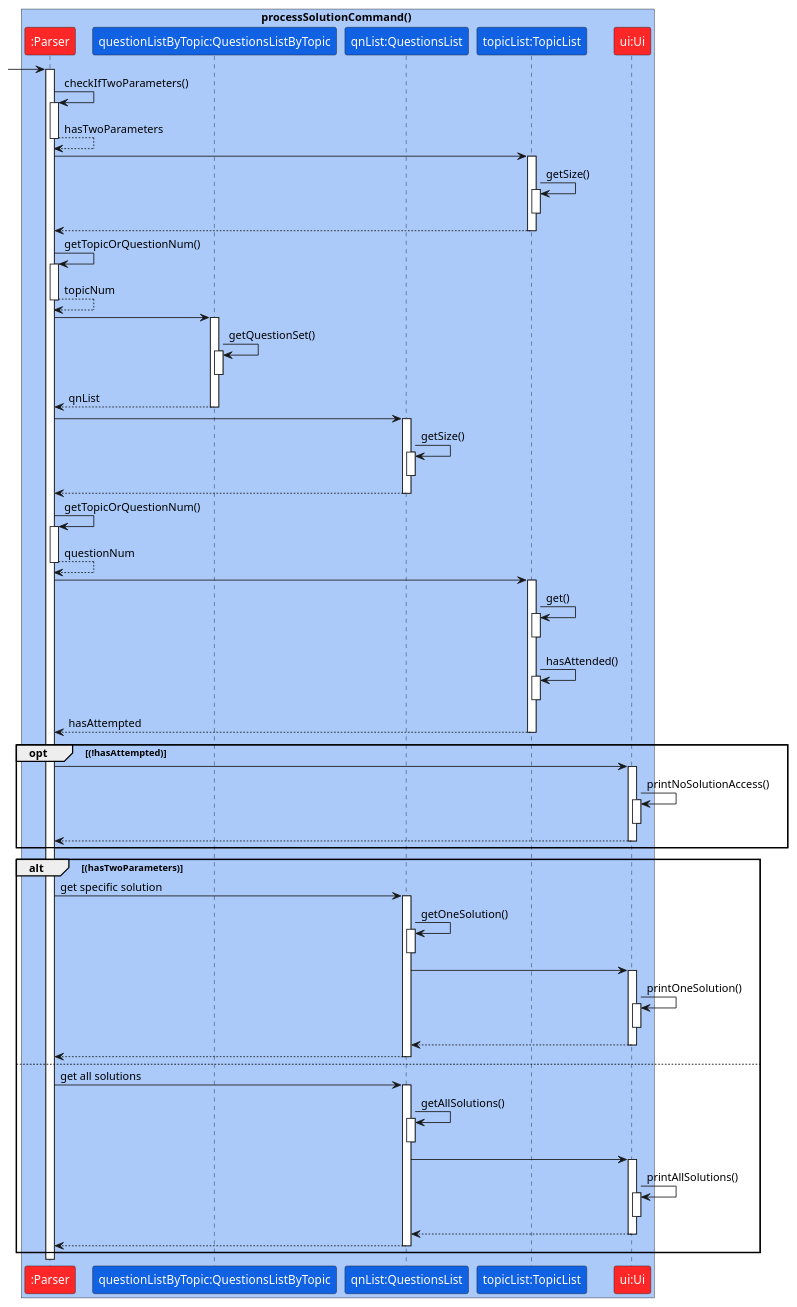
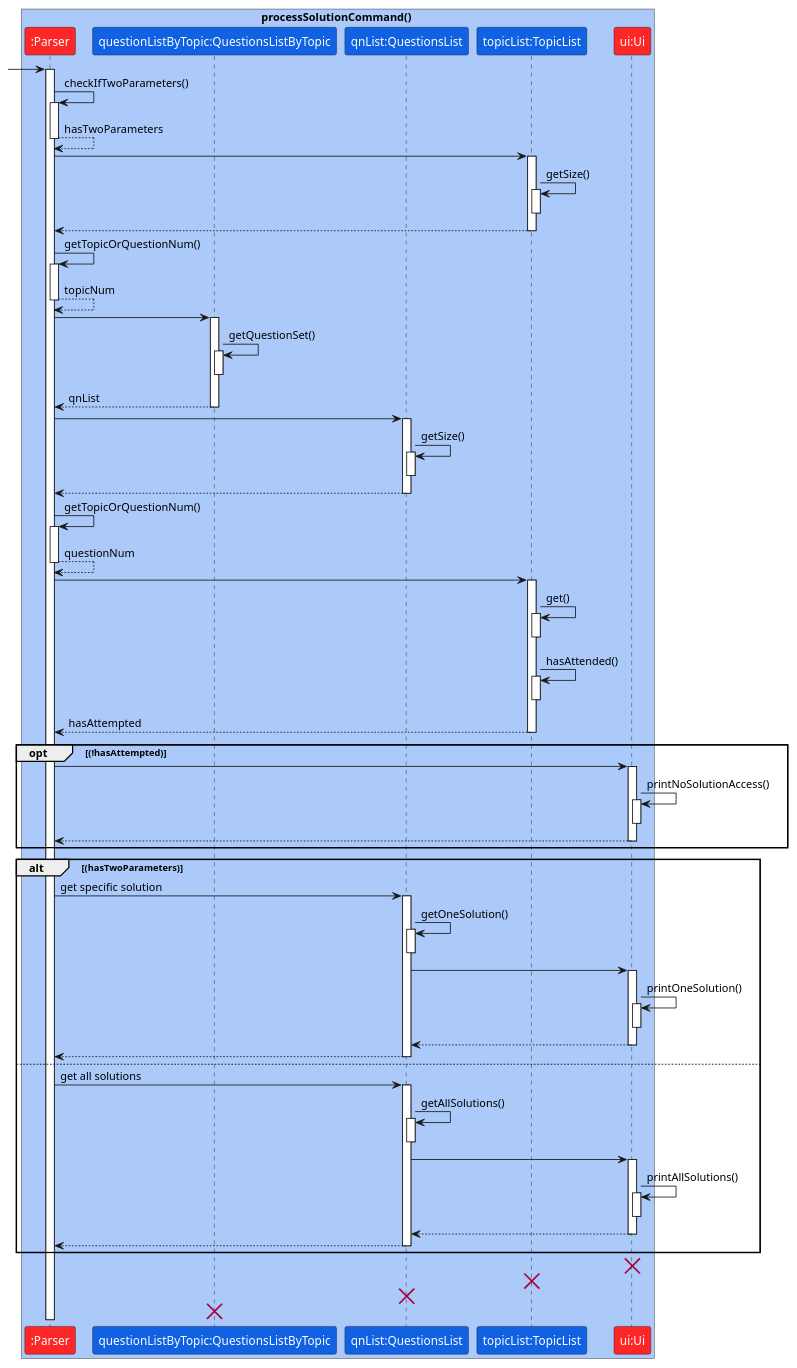
Before and after one commit to yuhengr/tp: the diagram in docs/team/img/Solution.puml, drawn with PlantUML. The commit also changed 2 other files, not shown here.

Commit message:
Update solutions UML, DG

```diff
--- a/docs/team/img/Solution.puml
+++ b/docs/team/img/Solution.puml
@@ -1,116 +1,121 @@
 @startuml
 skinparam ParticipantFontColor #FFFFFF
 
 box processSolutionCommand() #ABCAFA
 participant ":Parser" as Parser #FE2727
 participant "questionListByTopic:QuestionsListByTopic" as QuestionsListByTopic #1162E3
 participant "qnList:QuestionsList" as QuestionsList #1162E3
 participant "topicList:TopicList" as TopicList #1162E3
 participant "ui:Ui" as Ui #FE2727
 end box
 
 -> Parser:
 activate Parser
 
 Parser -> Parser : checkIfTwoParameters()
 activate Parser
 Parser --> Parser : hasTwoParameters
 deactivate Parser
 
 Parser -> TopicList
 activate TopicList
 TopicList -> TopicList : getSize()
 activate TopicList
 deactivate TopicList
 TopicList --> Parser
 deactivate TopicList
 
 Parser -> Parser : getTopicOrQuestionNum()
 activate Parser
 Parser --> Parser : topicNum
 deactivate Parser
 
 Parser -> QuestionsListByTopic
 activate QuestionsListByTopic
 QuestionsListByTopic -> QuestionsListByTopic : getQuestionSet()
 activate QuestionsListByTopic
 deactivate QuestionsListByTopic
 
 QuestionsListByTopic --> Parser : qnList
 deactivate QuestionsListByTopic
 
 Parser -> QuestionsList
 activate QuestionsList
 QuestionsList -> QuestionsList : getSize()
 activate QuestionsList
 deactivate QuestionsList
 QuestionsList--> Parser
 deactivate QuestionsList
 
 Parser -> Parser : getTopicOrQuestionNum()
 activate Parser
 Parser --> Parser : questionNum
 deactivate Parser
 
 Parser -> TopicList
 activate TopicList
 TopicList -> TopicList : get()
 activate TopicList
 deactivate TopicList
 
 TopicList -> TopicList : hasAttended()
 activate TopicList
 deactivate TopicList
 
 TopicList --> Parser : hasAttempted
 deactivate TopicList
 
 opt (!hasAttempted)
     Parser -> Ui
     activate Ui
 
     Ui -> Ui: printNoSolutionAccess()
     activate Ui
     deactivate Ui
 
     Ui --> Parser
     deactivate Ui
 end
 
 alt (hasTwoParameters)
     Parser -> QuestionsList : get specific solution
     activate QuestionsList
 
     QuestionsList -> QuestionsList : getOneSolution()
     activate QuestionsList
     deactivate QuestionsList
 
     QuestionsList -> Ui
     activate Ui
     Ui -> Ui : printOneSolution()
     activate Ui
     deactivate Ui
     Ui --> QuestionsList
     deactivate Ui
     QuestionsList --> Parser
     deactivate QuestionsList
 else
     Parser -> QuestionsList : get all solutions
     activate QuestionsList
 
     QuestionsList -> QuestionsList : getAllSolutions()
     activate QuestionsList
     deactivate QuestionsList
 
     QuestionsList -> Ui
     activate Ui
     Ui -> Ui : printAllSolutions()
     activate Ui
     deactivate Ui
     Ui --> QuestionsList :
     deactivate Ui
     QuestionsList --> Parser
     deactivate QuestionsList
 end
 
+destroy Ui
+destroy TopicList
+destroy QuestionsList
+destroy QuestionsListByTopic
+
 @enduml
```
